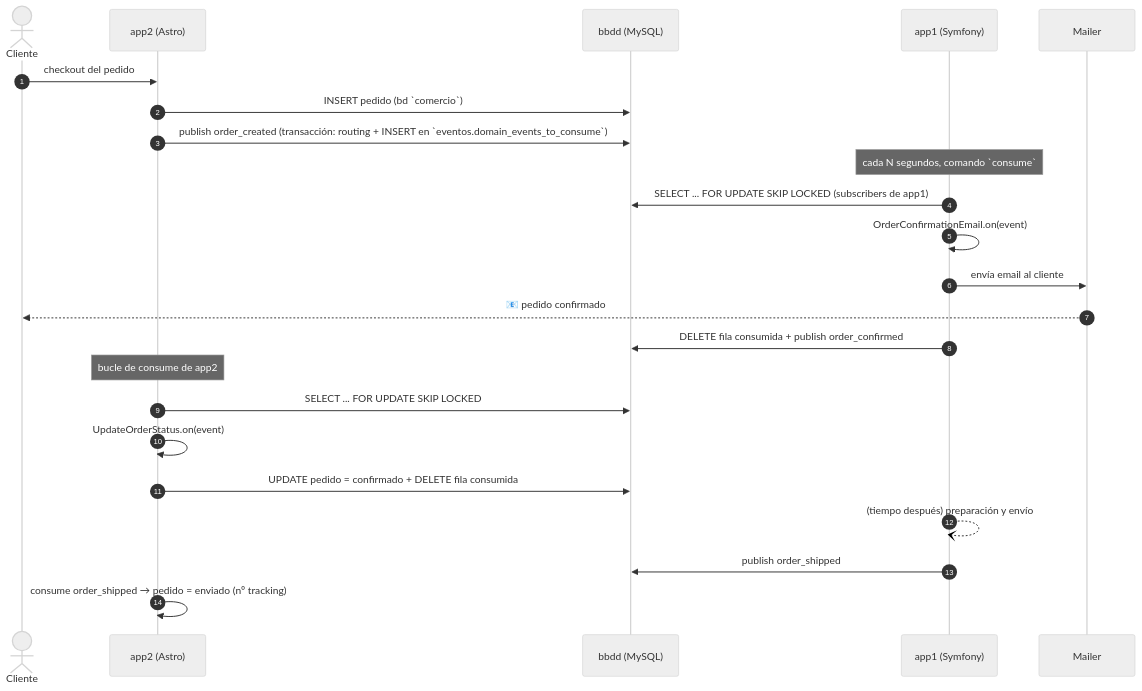
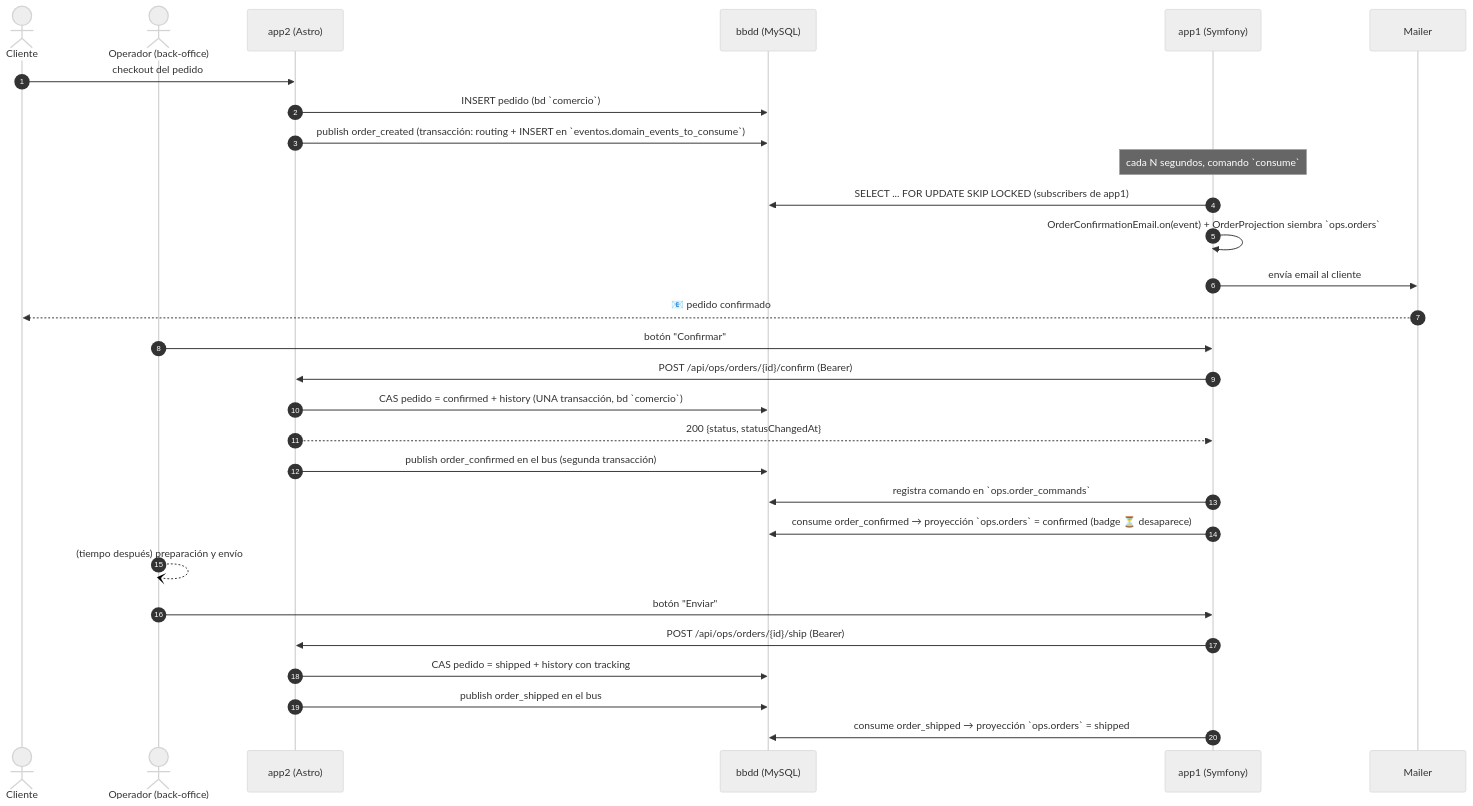
Before and after one commit to alfredogonzalezmartinez/demo-cola-eventos-bbdd: the diagram in docs/02-escenario-demo.md, drawn with Mermaid (neutral theme). The commit also changed other lines of this file and 65 other files, not shown here.

First line of the commit message:
feat: repurpose confirm/ship as a sync command with app-owned projections

````diff
--- a/docs/02-escenario-demo.md
+++ b/docs/02-escenario-demo.md
@@ -27,29 +31,35 @@
 ```mermaid
 sequenceDiagram
     autonumber
     actor C as Cliente
+    actor B as Operador (back-office)
     participant A2 as app2 (Astro)
     participant DB as bbdd (MySQL)
     participant A1 as app1 (Symfony)
     participant F as Mailer
 
     C->>A2: checkout del pedido
     A2->>DB: INSERT pedido (bd `comercio`)
     A2->>DB: publish order_created (transacción: routing + INSERT en `eventos.domain_events_to_consume`)
 
     Note over A1: cada N segundos, comando `consume`
     A1->>DB: SELECT ... FOR UPDATE SKIP LOCKED (subscribers de app1)
-    A1->>A1: OrderConfirmationEmail.on(event)
+    A1->>A1: OrderConfirmationEmail.on(event) + OrderProjection siembra `ops.orders`
     A1->>F: envía email al cliente
     F-->>C: 📧 pedido confirmado
-    A1->>DB: DELETE fila consumida + publish order_confirmed
 
-    Note over A2: bucle de consume de app2
-    A2->>DB: SELECT ... FOR UPDATE SKIP LOCKED
-    A2->>A2: UpdateOrderStatus.on(event)
-    A2->>DB: UPDATE pedido = confirmado + DELETE fila consumida
+    B->>A1: botón "Confirmar"
+    A1->>A2: POST /api/ops/orders/{id}/confirm (Bearer)
+    A2->>DB: CAS pedido = confirmed + history (UNA transacción, bd `comercio`)
+    A2-->>A1: 200 {status, statusChangedAt}
+    A2->>DB: publish order_confirmed en el bus (segunda transacción)
+    A1->>DB: registra comando en `ops.order_commands`
+    A1->>DB: consume order_confirmed → proyección `ops.orders` = confirmed (badge ⏳ desaparece)
 
-    A1--)A1: (tiempo después) preparación y envío
-    A1->>DB: publish order_shipped
-    A2->>A2: consume order_shipped → pedido = enviado (nº tracking)
+    B--)B: (tiempo después) preparación y envío
+    B->>A1: botón "Enviar"
+    A1->>A2: POST /api/ops/orders/{id}/ship (Bearer)
+    A2->>DB: CAS pedido = shipped + history con tracking
+    A2->>DB: publish order_shipped en el bus
+    A1->>DB: consume order_shipped → proyección `ops.orders` = shipped
 ```
````
